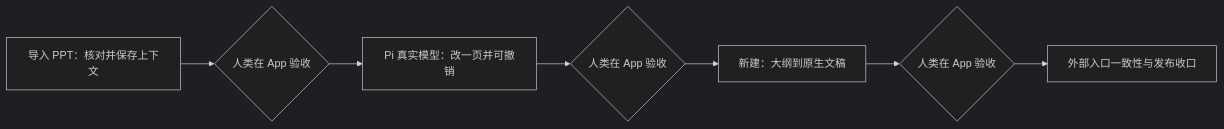
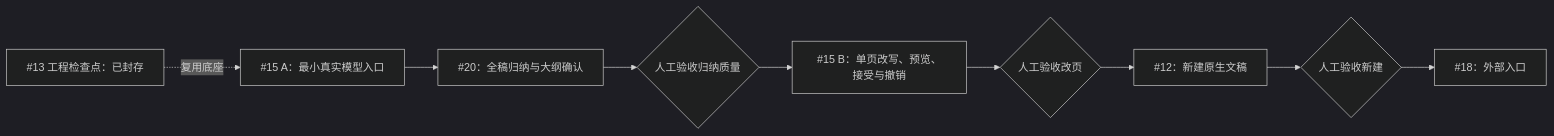
Before and after one commit to hyperlook/deckcraft: the first of 3 diagrams in docs/rfcs/ai-assistant-architecture.md, drawn with Mermaid (dark theme). The commit also changed other lines of this file and 2 other files, not shown here.

````diff
--- a/docs/rfcs/ai-assistant-architecture.md
+++ b/docs/rfcs/ai-assistant-architecture.md
@@ -17,9 +23,11 @@
 ```mermaid
 flowchart LR
-    P1[导入 PPT：核对并保存上下文] --> H1{人类在 App 验收}
-    H1 --> P2[Pi 真实模型：改一页并可撤销]
-    P2 --> H2{人类在 App 验收}
-    H2 --> P3[新建：大纲到原生文稿]
-    P3 --> H3{人类在 App 验收}
-    H3 --> P4[外部入口一致性与发布收口]
+    C[#13 工程检查点：已封存] -.复用底座.-> A[#15 A：最小真实模型入口]
+    A --> B[#20：全稿归纳与大纲确认]
+    B --> H{人工验收归纳质量}
+    H --> P[#15 B：单页改写、预览、接受与撤销]
+    P --> H2{人工验收改页}
+    H2 --> N[#12：新建原生文稿]
+    N --> H3{人工验收新建}
+    H3 --> X[#18：外部入口]
 ```
````
